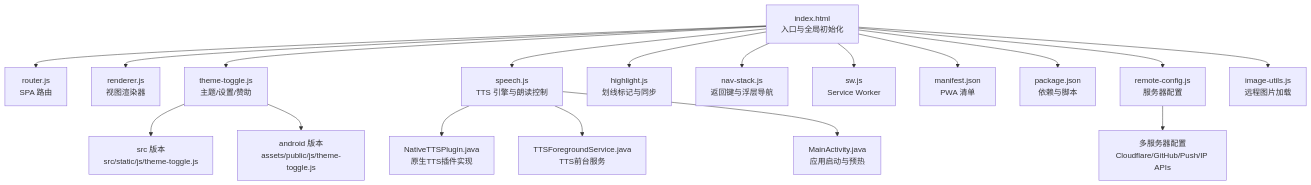
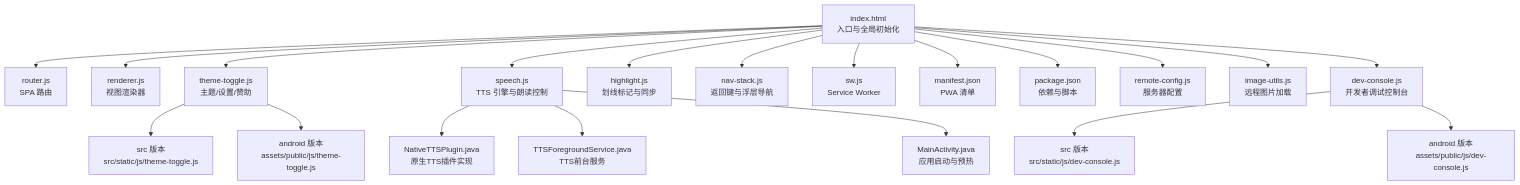
Before and after one commit to zhao-zg/cx: the first of 13 diagrams in .qoder/repowiki/zh/content/高级功能/前端功能.md, drawn with Mermaid. The commit also changed other lines of this file and 44 other files, not shown here.

````diff
--- a/.qoder/repowiki/zh/content/高级功能/前端功能.md
+++ b/.qoder/repowiki/zh/content/高级功能/前端功能.md
@@ -66,20 +67,22 @@
 ```mermaid
 graph TB
 A["index.html<br/>入口与全局初始化"] --> B["router.js<br/>SPA 路由"]
 A --> C["renderer.js<br/>视图渲染器"]
 A --> D["theme-toggle.js<br/>主题/设置/赞助"]
 A --> E["speech.js<br/>TTS 引擎与朗读控制"]
 A --> F["highlight.js<br/>划线标记与同步"]
 A --> G["nav-stack.js<br/>返回键与浮层导航"]
 A --> H["sw.js<br/>Service Worker"]
 A --> I["manifest.json<br/>PWA 清单"]
 A --> J["package.json<br/>依赖与脚本"]
 A --> K["remote-config.js<br/>服务器配置"]
 A --> L["image-utils.js<br/>远程图片加载"]
-D --> M["src 版本<br/>src/static/js/theme-toggle.js"]
-D --> N["android 版本<br/>assets/public/js/theme-toggle.js"]
-K --> O["多服务器配置<br/>Cloudflare/GitHub/Push/IP APIs"]
+A --> M["dev-console.js<br/>开发者调试控制台"]
+D --> N["src 版本<br/>src/static/js/theme-toggle.js"]
+D --> O["android 版本<br/>assets/public/js/theme-toggle.js"]
 E --> P["NativeTTSPlugin.java<br/>原生TTS插件实现"]
 E --> Q["TTSForegroundService.java<br/>TTS前台服务"]
 E --> R["MainActivity.java<br/>应用启动与预热"]
+M --> S["src 版本<br/>src/static/js/dev-console.js"]
+M --> T["android 版本<br/>assets/public/js/dev-console.js"]
 ```
````
